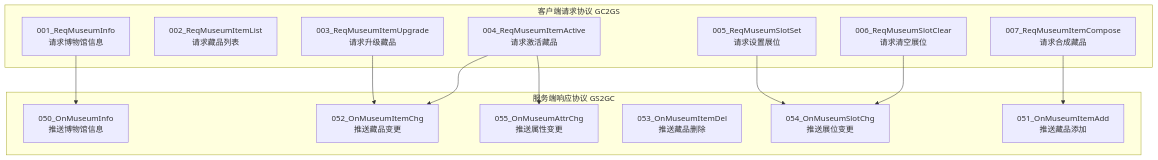
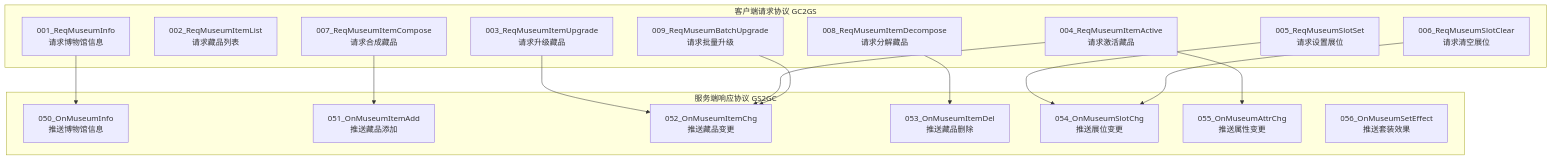
The first of 12 diagrams in docs/Module_Museum/02_协议文档.md (Alan-Ben/k2c_game_framework), drawn with Mermaid before and after one commit. The commit also changed other lines of this file and 5 other files, not shown here.

````diff
--- a/docs/Module_Museum/02_协议文档.md
+++ b/docs/Module_Museum/02_协议文档.md
@@ -12,29 +12,34 @@
 ```mermaid
 graph TB
     subgraph 客户端请求协议 GC2GS
         A001[001_ReqMuseumInfo<br/>请求博物馆信息]
         A002[002_ReqMuseumItemList<br/>请求藏品列表]
         A003[003_ReqMuseumItemUpgrade<br/>请求升级藏品]
         A004[004_ReqMuseumItemActive<br/>请求激活藏品]
         A005[005_ReqMuseumSlotSet<br/>请求设置展位]
         A006[006_ReqMuseumSlotClear<br/>请求清空展位]
         A007[007_ReqMuseumItemCompose<br/>请求合成藏品]
+        A008[008_ReqMuseumItemDecompose<br/>请求分解藏品]
+        A009[009_ReqMuseumBatchUpgrade<br/>请求批量升级]
     end
-    
+
     subgraph 服务端响应协议 GS2GC
         B050[050_OnMuseumInfo<br/>推送博物馆信息]
         B051[051_OnMuseumItemAdd<br/>推送藏品添加]
         B052[052_OnMuseumItemChg<br/>推送藏品变更]
         B053[053_OnMuseumItemDel<br/>推送藏品删除]
         B054[054_OnMuseumSlotChg<br/>推送展位变更]
         B055[055_OnMuseumAttrChg<br/>推送属性变更]
+        B056[056_OnMuseumSetEffect<br/>推送套装效果]
     end
-    
+
     A001 --> B050
     A003 --> B052
     A004 --> B052
     A004 --> B055
     A005 --> B054
     A006 --> B054
     A007 --> B051
+    A008 --> B053
+    A009 --> B052
 ```
````
